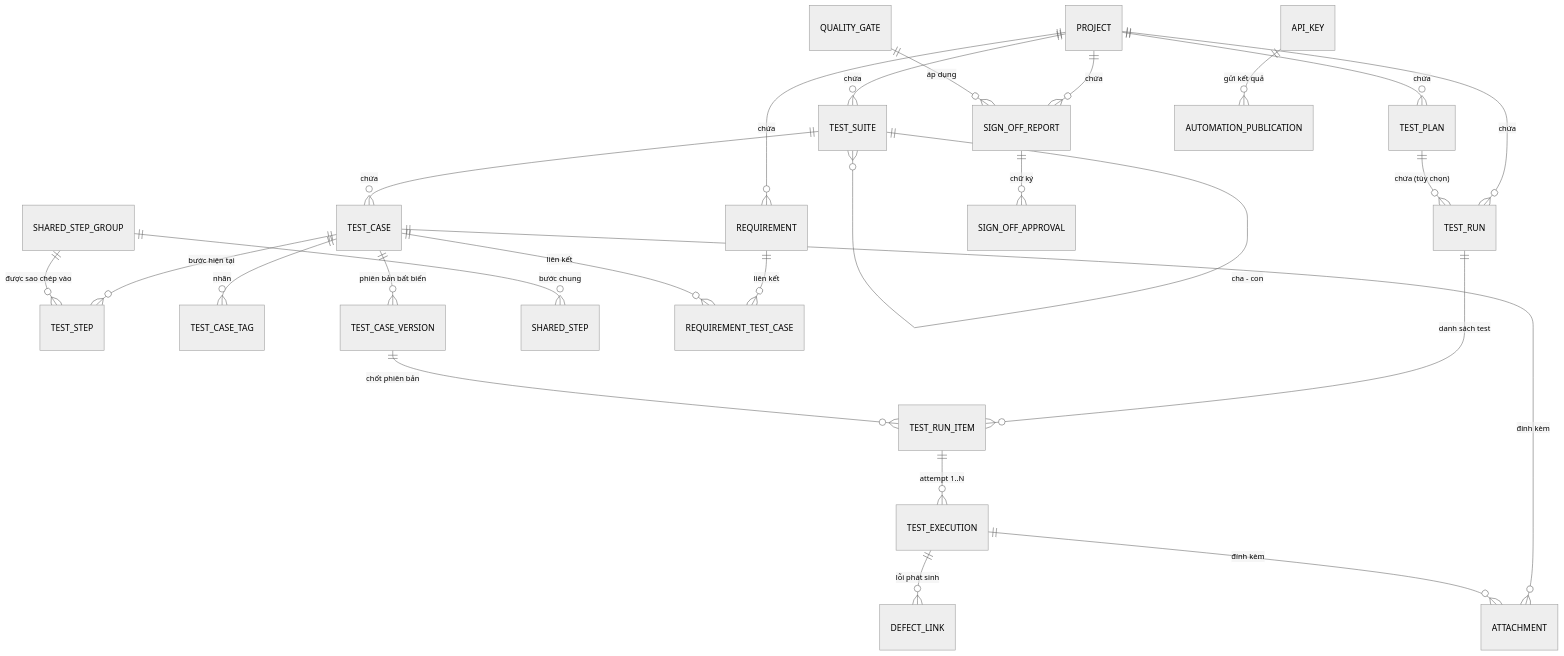
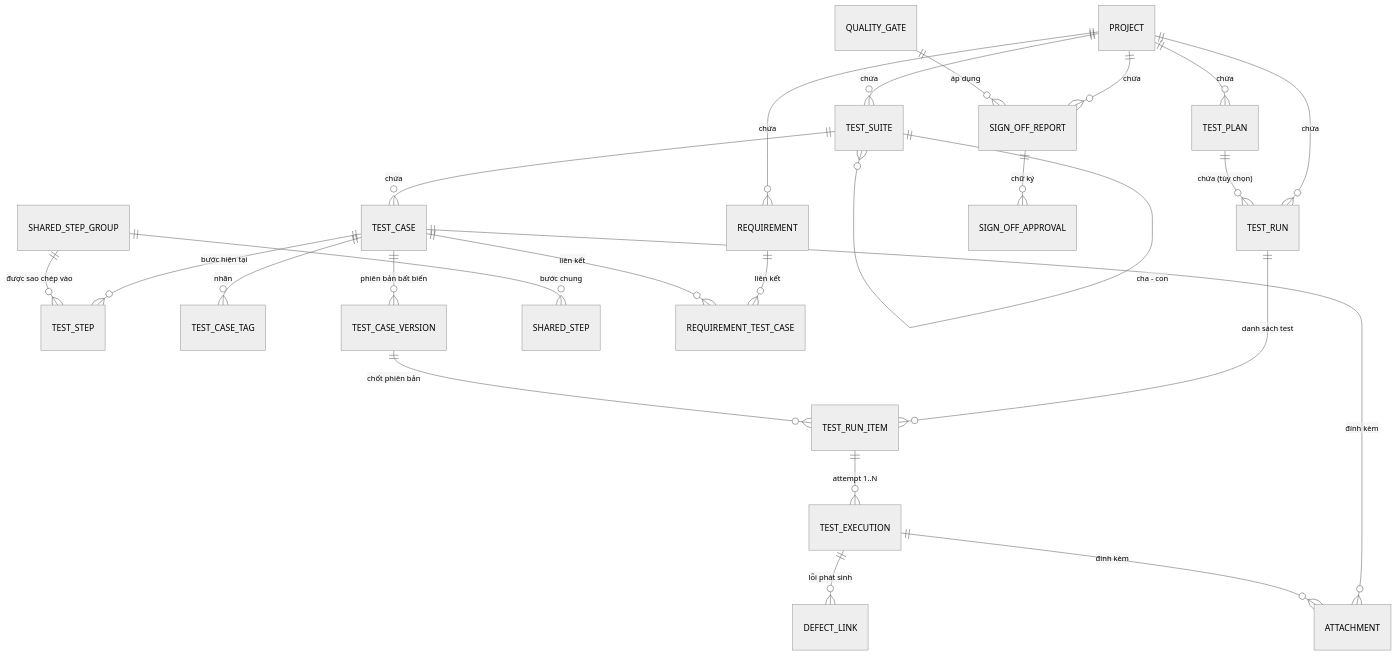
One commit to Huyit2k5/testcase_manager changed the fifth of 19 diagrams in BUSINESS_ANALYSIS_TEST_CASE_MANAGEMENT.md. Above: the diagram before and after it, drawn with Mermaid (neutral theme). The commit also changed other lines of this file, not shown here.

Commit message:
Remove Jira, GitHub and automation (CI/CD) parts from the business analysis

````diff
--- a/BUSINESS_ANALYSIS_TEST_CASE_MANAGEMENT.md
+++ b/BUSINESS_ANALYSIS_TEST_CASE_MANAGEMENT.md
@@ -245,31 +238,30 @@
 ```mermaid
 erDiagram
     PROJECT ||--o{ TEST_SUITE : "chứa"
     PROJECT ||--o{ TEST_PLAN : "chứa"
     PROJECT ||--o{ REQUIREMENT : "chứa"
     PROJECT ||--o{ TEST_RUN : "chứa"
     PROJECT ||--o{ SIGN_OFF_REPORT : "chứa"
 
     TEST_SUITE ||--o{ TEST_SUITE : "cha - con"
     TEST_SUITE ||--o{ TEST_CASE : "chứa"
     TEST_CASE ||--o{ TEST_STEP : "bước hiện tại"
     TEST_CASE ||--o{ TEST_CASE_TAG : "nhãn"
     TEST_CASE ||--o{ TEST_CASE_VERSION : "phiên bản bất biến"
     SHARED_STEP_GROUP ||--o{ SHARED_STEP : "bước chung"
     SHARED_STEP_GROUP ||--o{ TEST_STEP : "được sao chép vào"
 
     REQUIREMENT ||--o{ REQUIREMENT_TEST_CASE : "liên kết"
     TEST_CASE ||--o{ REQUIREMENT_TEST_CASE : "liên kết"
 
     TEST_PLAN ||--o{ TEST_RUN : "chứa (tùy chọn)"
     TEST_RUN ||--o{ TEST_RUN_ITEM : "danh sách test"
     TEST_CASE_VERSION ||--o{ TEST_RUN_ITEM : "chốt phiên bản"
     TEST_RUN_ITEM ||--o{ TEST_EXECUTION : "attempt 1..N"
     TEST_EXECUTION ||--o{ DEFECT_LINK : "lỗi phát sinh"
     TEST_CASE ||--o{ ATTACHMENT : "đính kèm"
     TEST_EXECUTION ||--o{ ATTACHMENT : "đính kèm"
 
     QUALITY_GATE ||--o{ SIGN_OFF_REPORT : "áp dụng"
     SIGN_OFF_REPORT ||--o{ SIGN_OFF_APPROVAL : "chữ ký"
-    API_KEY ||--o{ AUTOMATION_PUBLICATION : "gửi kết quả"
 ```
````
